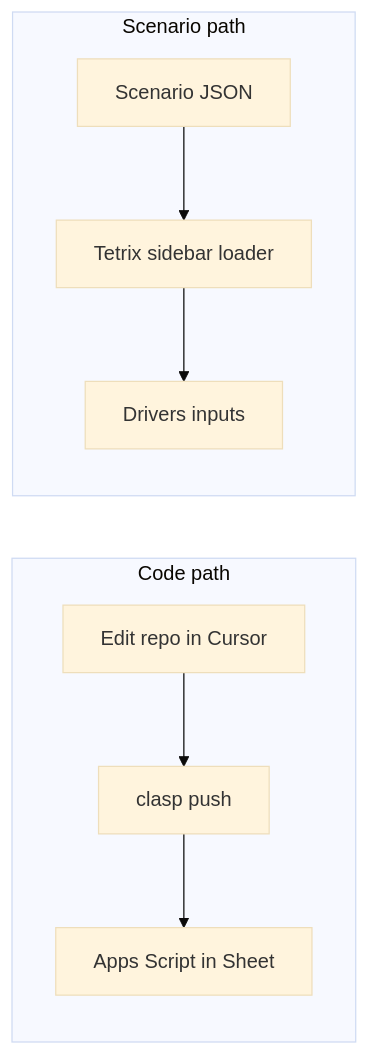
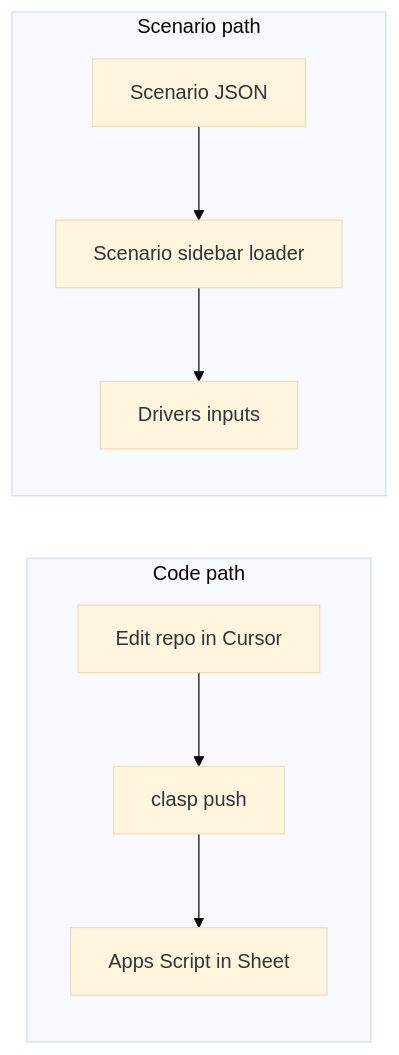
One commit to deskree-inc/forecast-appscript changed the diagram in README.md. Above: the diagram before and after it, drawn with Mermaid (base theme). The commit also changed other lines of this file and 15 other files, not shown here.

````diff
--- a/README.md
+++ b/README.md
@@ -34,15 +34,15 @@
 ```mermaid
 flowchart LR
   subgraph codePath [Code path]
     Cursor[Edit repo in Cursor]
     Push["clasp push"]
     SheetCode[Apps Script in Sheet]
     Cursor --> Push --> SheetCode
   end
   subgraph scenarioPath [Scenario path]
     Json[Scenario JSON]
-    Loader[Tetrix sidebar loader]
+    Loader[Scenario sidebar loader]
     Drivers[Drivers inputs]
     Json --> Loader --> Drivers
   end
 ```
````
